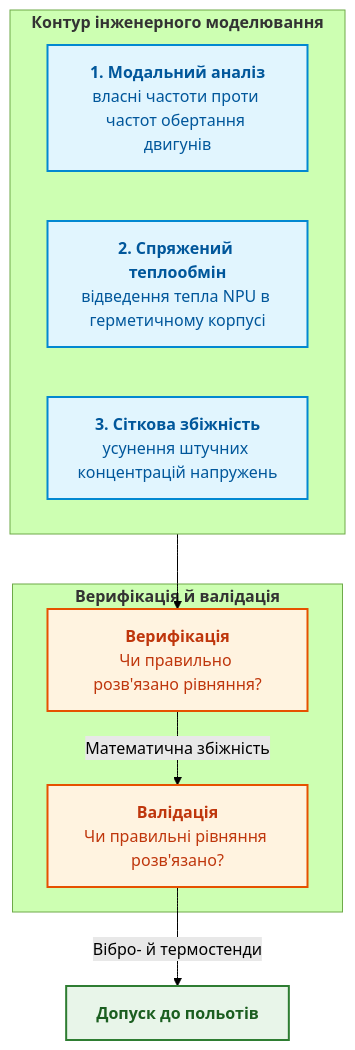
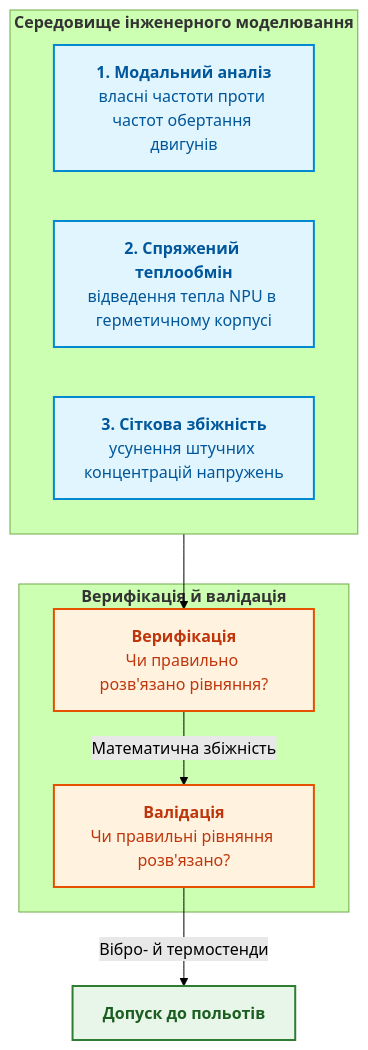
One commit to nick-fedchik/articles changed the tenth of 10 diagrams in ExpertSystem/appendix-b-robotics-and-cyber-physical-systems.md. Above: the diagram before and after it, drawn with Mermaid (forest theme). The commit also changed other lines of this file and 27 other files, not shown here.

````diff
--- a/ExpertSystem/appendix-b-robotics-and-cyber-physical-systems.md
+++ b/ExpertSystem/appendix-b-robotics-and-cyber-physical-systems.md
@@ -604,28 +604,28 @@
 ```mermaid
 flowchart TD
     accTitle: Тріада фізичної перевірки бортового обчислювача
     accDescr: Модальний аналіз вібрацій, спряжений теплообмін і сіткова збіжність ведуть через верифікацію й валідацію до допуску до польотів.
 
-    subgraph CAE["<b>Контур інженерного моделювання</b>"]
+    subgraph CAE["<b>Середовище інженерного моделювання</b>"]
         M1["<b>1. Модальний аналіз</b><br/>власні частоти проти частот обертання двигунів"]
         M2["<b>2. Спряжений теплообмін</b><br/>відведення тепла NPU в герметичному корпусі"]
         M3["<b>3. Сіткова збіжність</b><br/>усунення штучних концентрацій напружень"]
     end
 
     subgraph VV["<b>Верифікація й валідація</b>"]
         VER["<b>Верифікація</b><br/>Чи правильно розв'язано рівняння?"]
         VAL["<b>Валідація</b><br/>Чи правильні рівняння розв'язано?"]
     end
 
     CAE --> VER
     VER -->|"Математична збіжність"| VAL
     VAL -->|"Вібро- й термостенди"| PROD["<b>Допуск до польотів</b>"]
 
     classDef cae fill:#e1f5fe,stroke:#0288d1,stroke-width:2px,color:#01579b;
     classDef vv fill:#fff3e0,stroke:#e65100,stroke-width:2px,color:#bf360c;
     classDef prod fill:#e8f5e9,stroke:#2e7d32,stroke-width:2px,color:#1b5e20;
 
     class M1,M2,M3 cae;
     class VER,VAL vv;
     class PROD prod;
 ```
````
